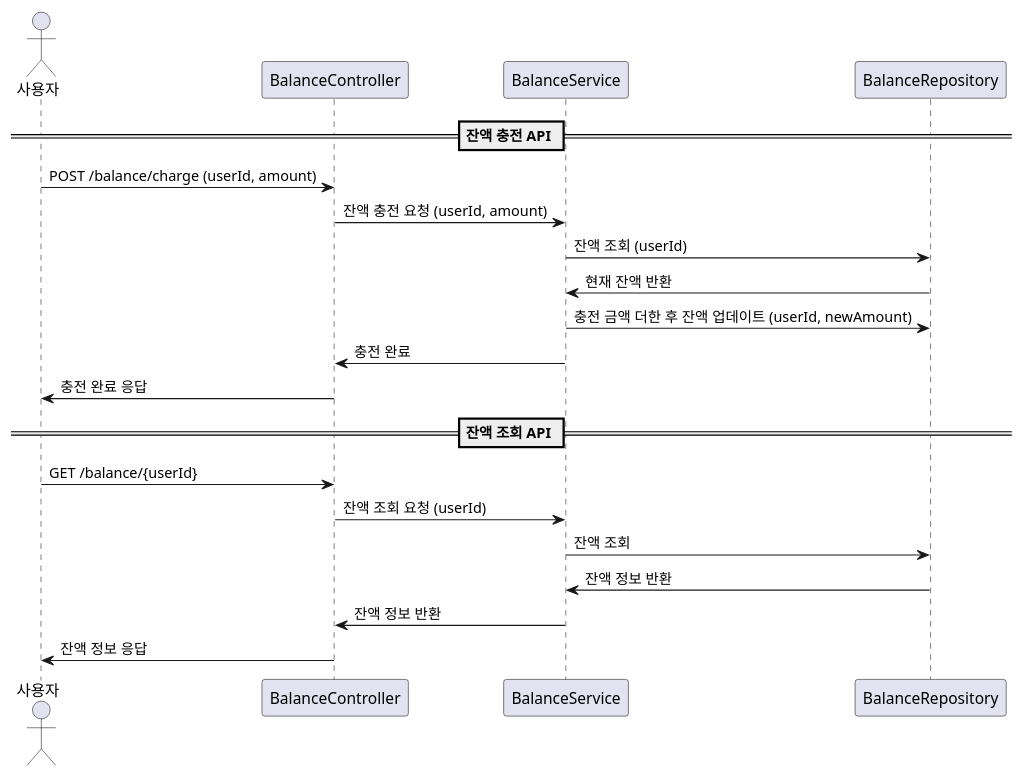
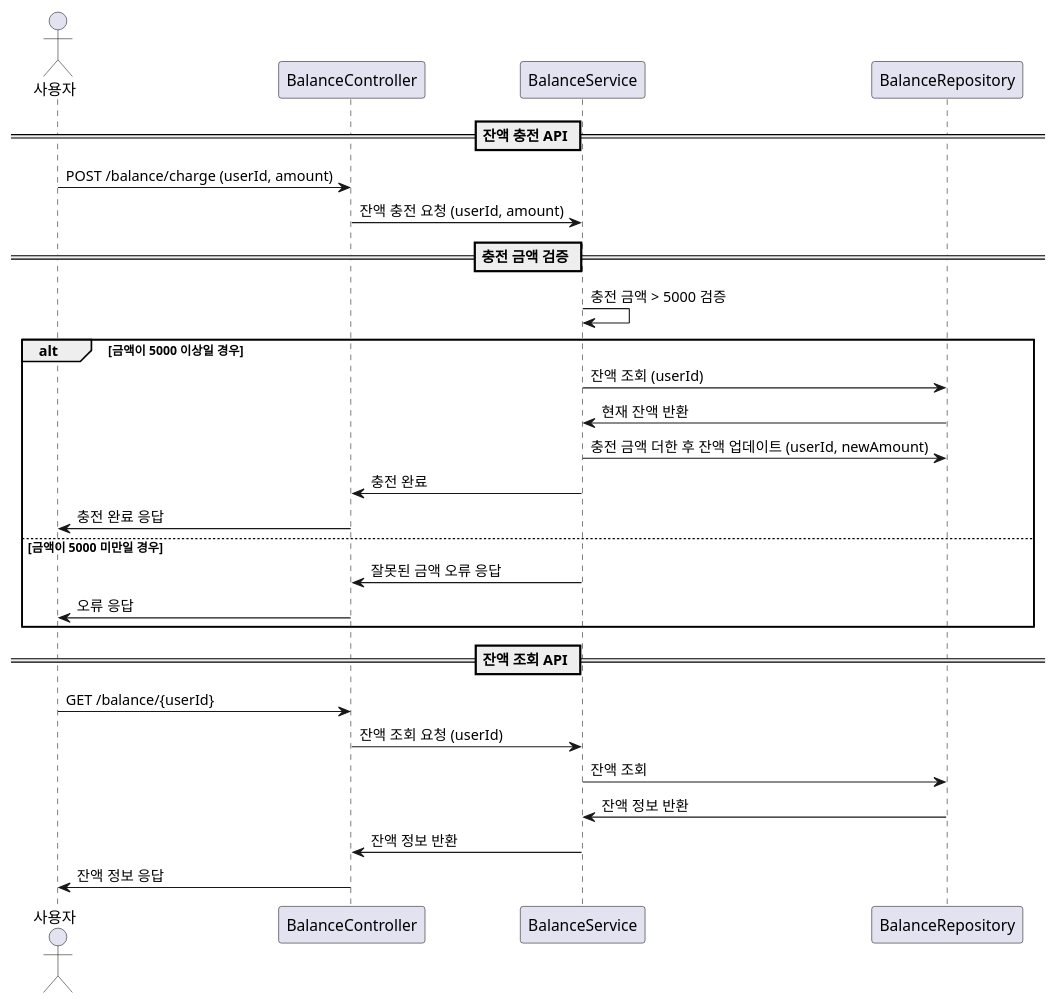
Before and after one commit to haahaahak/hhplus-ecommerce: the diagram in diagram/balance.puml, drawn with PlantUML. The commit also changed 3 other files, not shown here.

Commit message:
docs: 시퀀스 다이어그램 수정 및 상위 상품 추가

```diff
--- a/diagram/balance.puml
+++ b/diagram/balance.puml
@@ -1,28 +1,34 @@
 @startuml
 
 actor 사용자
 participant "BalanceController"
 participant "BalanceService"
 participant "BalanceRepository"
 
 == 잔액 충전 API ==
 사용자 -> BalanceController : POST /balance/charge (userId, amount)
 BalanceController -> BalanceService : 잔액 충전 요청 (userId, amount)
 
-BalanceService -> BalanceRepository : 잔액 조회 (userId)
-BalanceRepository -> BalanceService : 현재 잔액 반환
+== 충전 금액 검증 ==
+BalanceService -> BalanceService : 충전 금액 > 5000 검증
 
-BalanceService -> BalanceRepository : 충전 금액 더한 후 잔액 업데이트 (userId, newAmount)
-BalanceService -> BalanceController : 충전 완료
-
-BalanceController -> 사용자 : 충전 완료 응답
+alt 금액이 5000 이상일 경우
+    BalanceService -> BalanceRepository : 잔액 조회 (userId)
+    BalanceRepository -> BalanceService : 현재 잔액 반환
+    BalanceService -> BalanceRepository : 충전 금액 더한 후 잔액 업데이트 (userId, newAmount)
+    BalanceService -> BalanceController : 충전 완료
+    BalanceController -> 사용자 : 충전 완료 응답
+else 금액이 5000 미만일 경우
+    BalanceService -> BalanceController : 잘못된 금액 오류 응답
+    BalanceController -> 사용자 : 오류 응답
+end
 
 == 잔액 조회 API ==
 사용자 -> BalanceController : GET /balance/{userId}
 BalanceController -> BalanceService : 잔액 조회 요청 (userId)
 BalanceService -> BalanceRepository : 잔액 조회
 BalanceRepository -> BalanceService : 잔액 정보 반환
 BalanceService -> BalanceController : 잔액 정보 반환
 BalanceController -> 사용자 : 잔액 정보 응답
 
 @enduml
```
